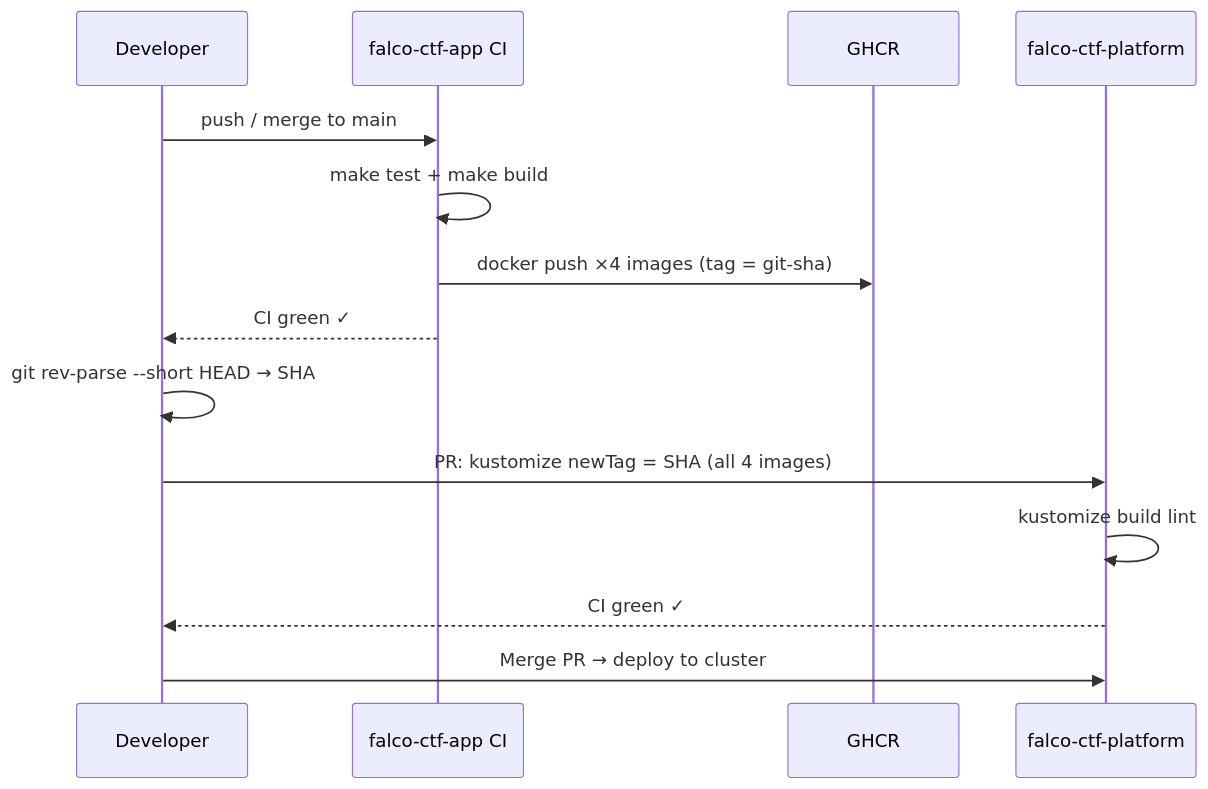
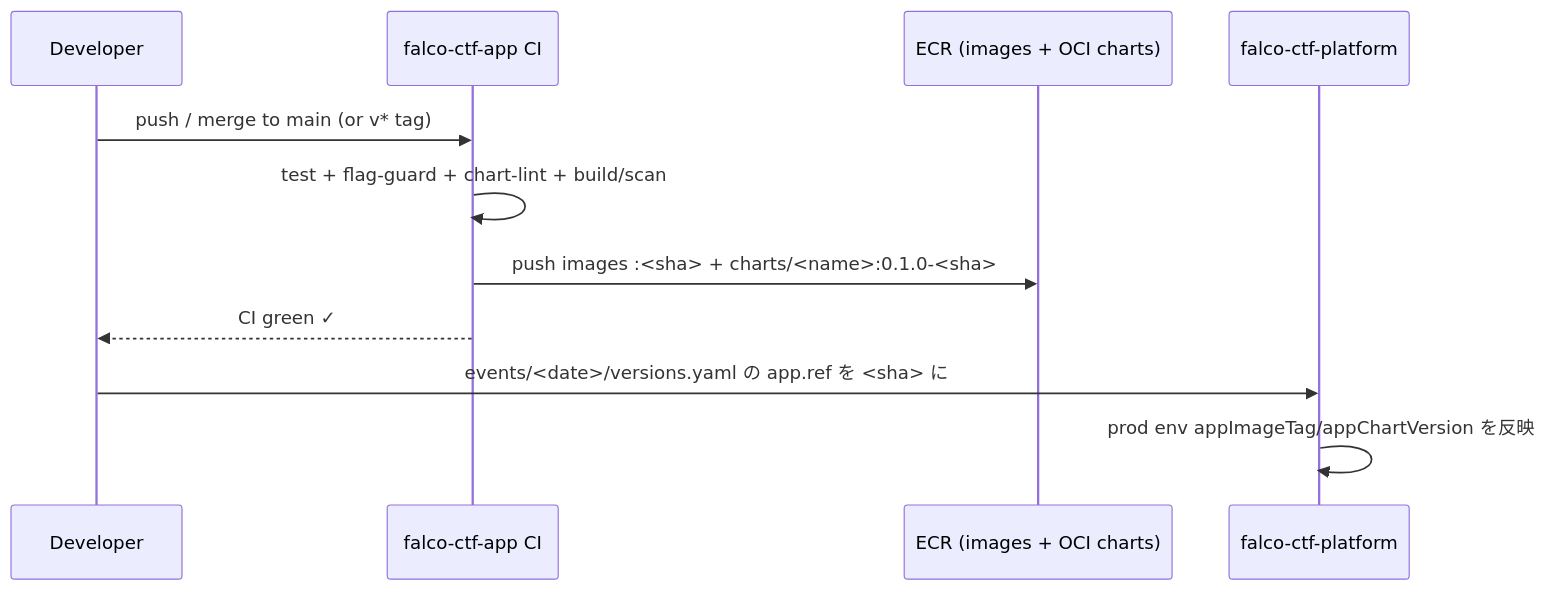
Before and after one commit to Qfour/falco-ctf-app: the diagram in .claude/skills/bump-image-tag.md, drawn with Mermaid. The commit also changed other lines of this file and 40 other files, not shown here.

First line of the commit message:
feat(p2): retire kustomize deploy/ — charts are the manifest source

````diff
--- a/.claude/skills/bump-image-tag.md
+++ b/.claude/skills/bump-image-tag.md
@@ -11,18 +14,14 @@
 ```mermaid
 sequenceDiagram
     participant Dev as Developer
     participant AppCI as falco-ctf-app CI
-    participant GHCR as GHCR
+    participant ECR as ECR (images + OCI charts)
     participant Platform as falco-ctf-platform
 
-    Dev->>AppCI: push / merge to main
-    AppCI->>AppCI: make test + make build
-    AppCI->>GHCR: docker push ×4 images (tag = git-sha)
+    Dev->>AppCI: push / merge to main (or v* tag)
+    AppCI->>AppCI: test + flag-guard + chart-lint + build/scan
+    AppCI->>ECR: push images :<sha> + charts/<name>:0.1.0-<sha>
     AppCI-->>Dev: CI green ✓
-
-    Dev->>Dev: git rev-parse --short HEAD → SHA
-    Dev->>Platform: PR: kustomize newTag = SHA (all 4 images)
-    Platform->>Platform: kustomize build lint
-    Platform-->>Dev: CI green ✓
-    Dev->>Platform: Merge PR → deploy to cluster
+    Dev->>Platform: events/<date>/versions.yaml の app.ref を <sha> に
+    Platform->>Platform: prod env appImageTag/appChartVersion を反映
 ```
````
